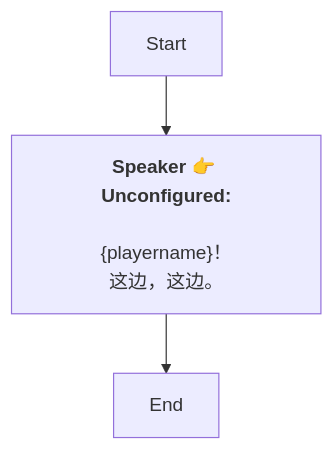
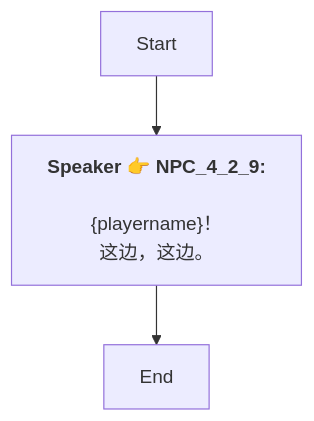
The diagram in Zh/Dialog_54440123531925.md (SoftHu/tos_avg), drawn with Mermaid before and after one commit. The commit also changed 737 other files, not shown here.

````diff
--- a/Zh/Dialog_54440123531925.md
+++ b/Zh/Dialog_54440123531925.md
@@ -1,9 +1,8 @@
 ```mermaid
 graph
-Start -->1742083958150433[<b>Speaker 👉 Unconfigured:</b>
-
-&lbrace;playername&rbrace;！
+Start -->1742083958150433[<b>Speaker 👉 NPC_4_2_9:</b>
+\n&lbrace;playername&rbrace;！
 这边，这边。]
 1742083958150433 -->1742083958150434[End]
 
- ```
+```
````
